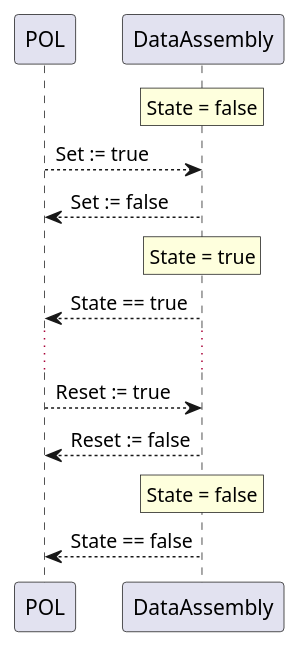
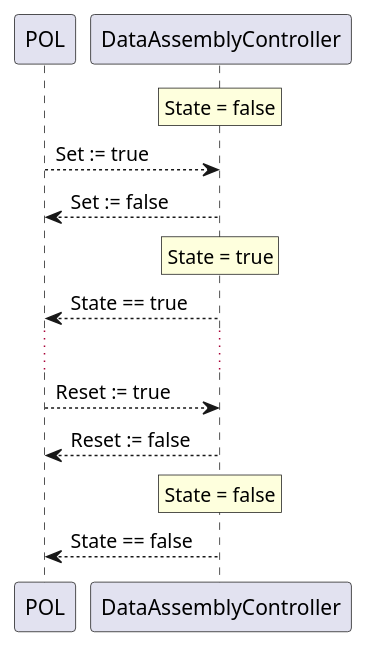
One commit to p2o-lab/polaris-backend changed the diagram in src/modularPlantManager/pea/dataAssembly/SequenceHandshake.puml. Above: the diagram before and after it, drawn with PlantUML.

```diff
--- a/src/modularPlantManager/pea/dataAssembly/SequenceHandshake.puml
+++ b/src/modularPlantManager/pea/dataAssembly/SequenceHandshake.puml
@@ -1,27 +1,27 @@
 @startuml
 
 skinparam monochrome false
 
 participant POL
-participant DataAssembly
+participant DataAssemblyController
 
-rnote over DataAssembly
+rnote over DataAssemblyController
  State = false
 endrnote
 
 
-POL --> DataAssembly : Set := true
-POL <-- DataAssembly : Set := false
-rnote over DataAssembly
+POL --> DataAssemblyController : Set := true
+POL <-- DataAssemblyController : Set := false
+rnote over DataAssemblyController
  State = true
 endrnote
-POL <-- DataAssembly : State == true
+POL <-- DataAssemblyController : State == true
 ...
-POL --> DataAssembly : Reset := true
-POL <-- DataAssembly : Reset := false
-rnote over DataAssembly
+POL --> DataAssemblyController : Reset := true
+POL <-- DataAssemblyController : Reset := false
+rnote over DataAssemblyController
  State = false
 endrnote
-POL <-- DataAssembly : State == false
+POL <-- DataAssemblyController : State == false
 
 @enduml
```
